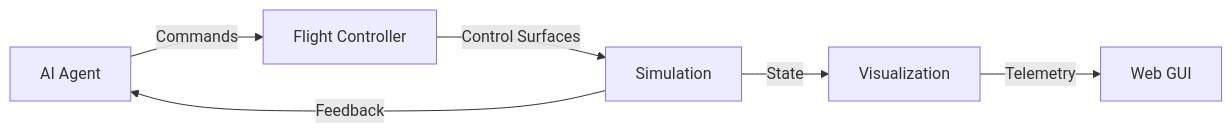
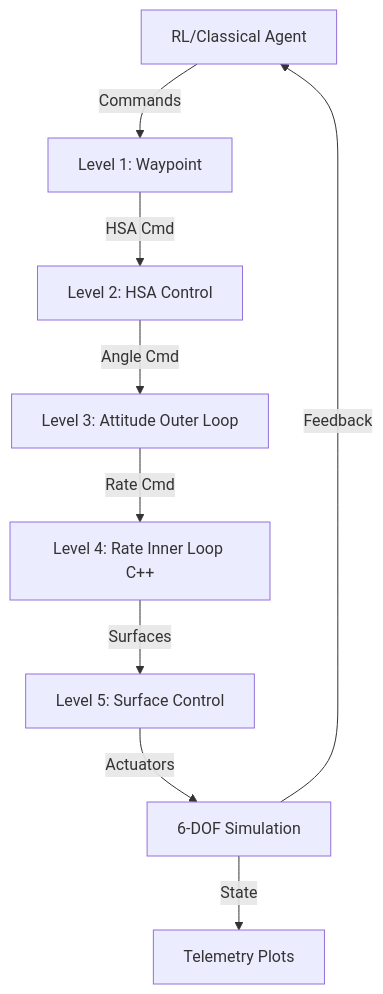
Before and after one commit to lhwright13/Hybrid-Classical-and-Reinforcement-Learning-Aircraft-Controllers: the diagram in README.md, drawn with Mermaid. The commit also changed other lines of this file and 59 other files, not shown here.

````diff
--- a/README.md
+++ b/README.md
@@ -5,8 +5,11 @@
 ```mermaid
-graph LR
-    Agent[AI Agent] -->|Commands| FC[Flight Controller]
-    FC -->|Control Surfaces| SIM[Simulation]
-    SIM -->|State| VIZ[Visualization]
-    VIZ -->|Telemetry| GUI[Web GUI]
+graph TB
+    Agent[RL/Classical Agent] -->|Commands| L1[Level 1: Waypoint]
+    L1 -->|HSA Cmd| L2[Level 2: HSA Control]
+    L2 -->|Angle Cmd| L3[Level 3: Attitude Outer Loop]
+    L3 -->|Rate Cmd| L4[Level 4: Rate Inner Loop C++]
+    L4 -->|Surfaces| L5[Level 5: Surface Control]
+    L5 -->|Actuators| SIM[6-DOF Simulation]
+    SIM -->|State| VIZ[Telemetry Plots]
     SIM -->|Feedback| Agent
 ```
````
